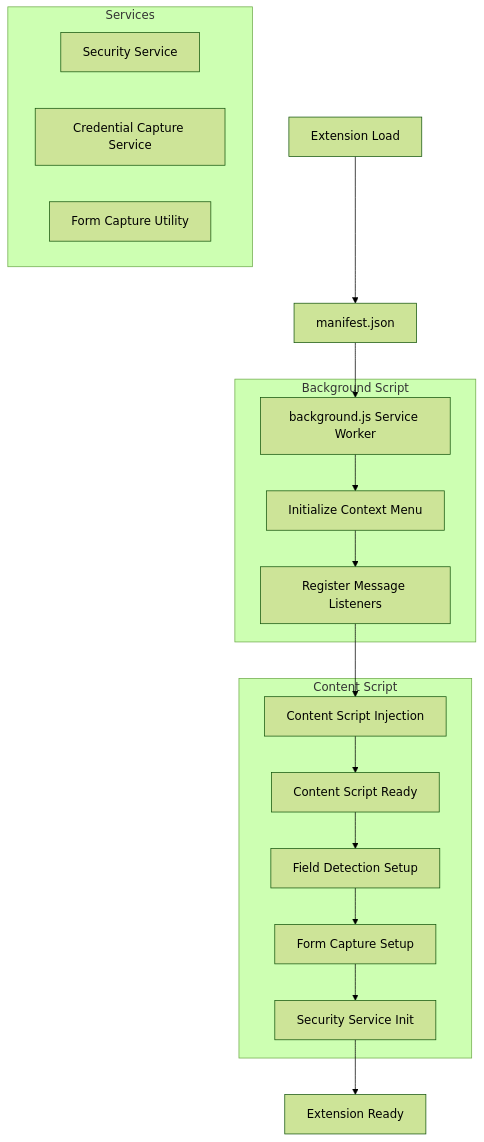
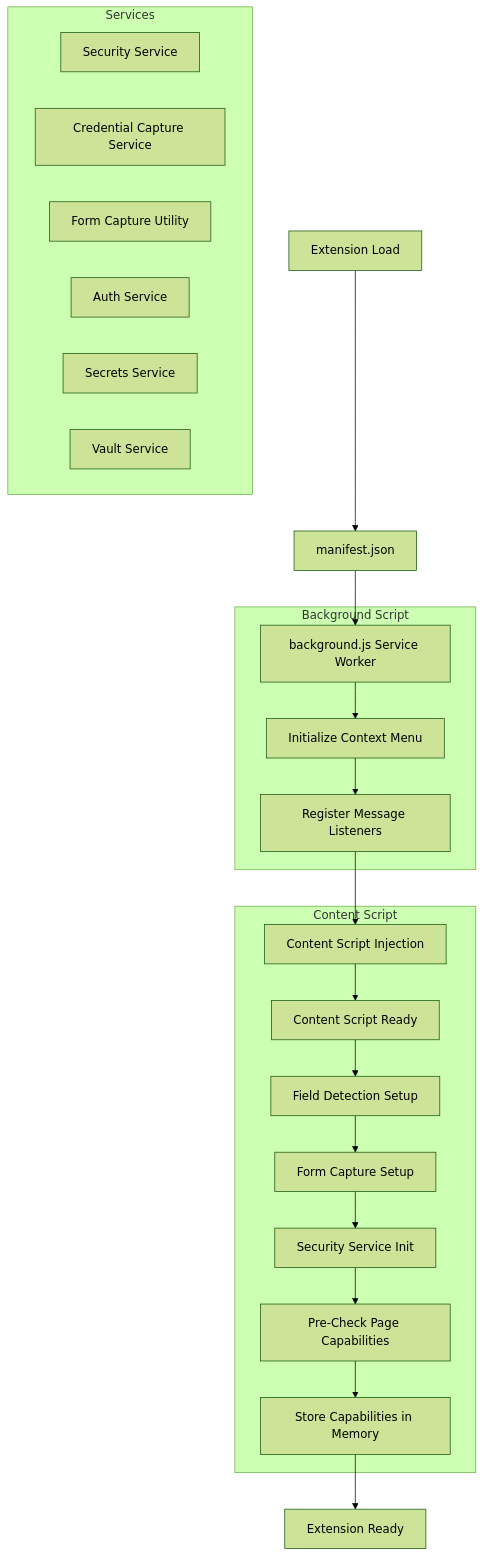
One commit to Bptmn/SimpliPass-Chrome-Extension changed the first of 6 diagrams in packages/extension/README.md. Above: the diagram before and after it, drawn with Mermaid (forest theme). The commit also changed other lines of this file, not shown here.

First line of the commit message:
docs: Update README with pre-checked page capabilities approach

````diff
--- a/packages/extension/README.md
+++ b/packages/extension/README.md
@@ -48,33 +63,40 @@
 ```mermaid
 graph TD
     A[Extension Load] --> B[manifest.json]
     B --> C[background.js Service Worker]
     C --> D[Initialize Context Menu]
     D --> E[Register Message Listeners]
     E --> F[Content Script Injection]
     F --> G[Content Script Ready]
     G --> H[Field Detection Setup]
     H --> I[Form Capture Setup]
     I --> J[Security Service Init]
-    J --> K[Extension Ready]
+    J --> K[Pre-Check Page Capabilities]
+    K --> L[Store Capabilities in Memory]
+    L --> M[Extension Ready]
     
     subgraph "Background Script"
         C
         D
         E
     end
     
     subgraph "Content Script"
         F
         G
         H
         I
         J
+        K
+        L
     end
     
     subgraph "Services"
-        K1[Security Service]
-        K2[Credential Capture Service]
-        K3[Form Capture Utility]
+        M1[Security Service]
+        M2[Credential Capture Service]
+        M3[Form Capture Utility]
+        M4[Auth Service]
+        M5[Secrets Service]
+        M6[Vault Service]
     end
 ```
````
